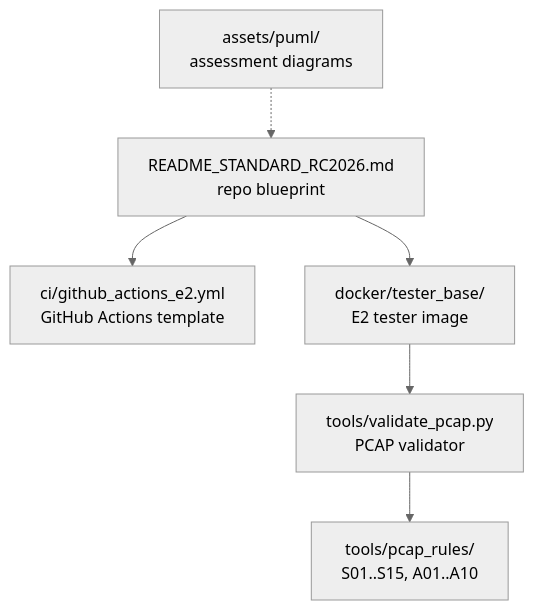
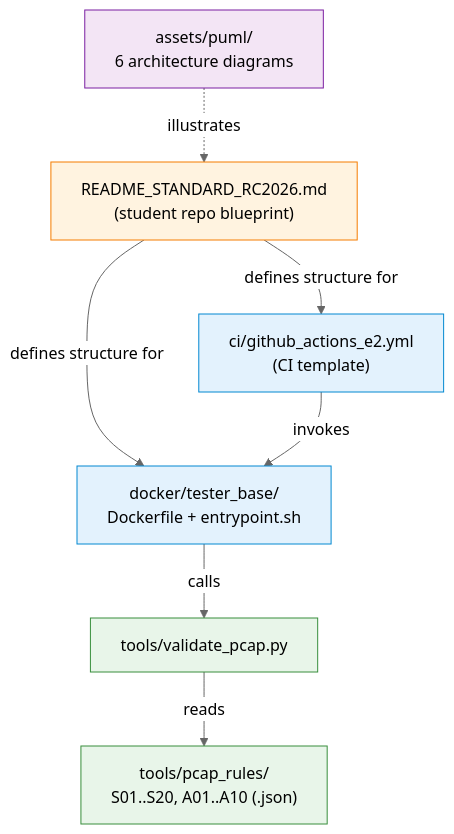
One commit to antonioclim/COMPNET-EN changed the diagram in 02_PROJECTS/00_common/README.md. Above: the diagram before and after it, drawn with Mermaid (neutral theme). The commit also changed other lines of this file and 7 other files, not shown here.

````diff
--- a/02_PROJECTS/00_common/README.md
+++ b/02_PROJECTS/00_common/README.md
@@ -18,15 +17,23 @@
 ```mermaid
 graph TD
-    STD["README_STANDARD_RC2026.md\nrepo blueprint"]
-    CI["ci/github_actions_e2.yml\nGitHub Actions template"]
-    DOCK["docker/tester_base/\nE2 tester image"]
-    VAL["tools/validate_pcap.py\nPCAP validator"]
-    RULES["tools/pcap_rules/\nS01..S15, A01..A10"]
-    FIGS["assets/puml/\nassessment diagrams"]
+    STD["README_STANDARD_RC2026.md\n(student repo blueprint)"]
+    CI["ci/github_actions_e2.yml\n(CI template)"]
+    DOCK["docker/tester_base/\nDockerfile + entrypoint.sh"]
+    VAL["tools/validate_pcap.py"]
+    RULES["tools/pcap_rules/\nS01..S20, A01..A10 (.json)"]
+    PUML["assets/puml/\n6 architecture diagrams"]
 
-    STD --> CI
-    STD --> DOCK
-    DOCK --> VAL
-    VAL --> RULES
-    FIGS -.-> STD
+    STD -->|defines structure for| CI
+    STD -->|defines structure for| DOCK
+    CI -->|invokes| DOCK
+    DOCK -->|calls| VAL
+    VAL -->|reads| RULES
+    PUML -.->|illustrates| STD
+
+    style STD fill:#fff3e0,stroke:#f57c00
+    style CI fill:#e3f2fd,stroke:#0288d1
+    style DOCK fill:#e3f2fd,stroke:#0288d1
+    style VAL fill:#e8f5e9,stroke:#388e3c
+    style RULES fill:#e8f5e9,stroke:#388e3c
+    style PUML fill:#f3e5f5,stroke:#7b1fa2
 ```
````
